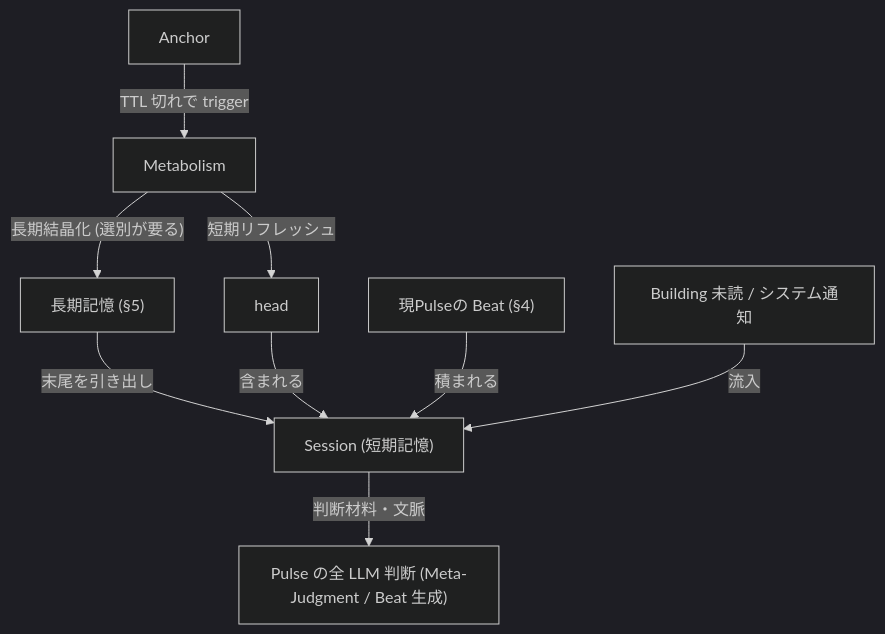
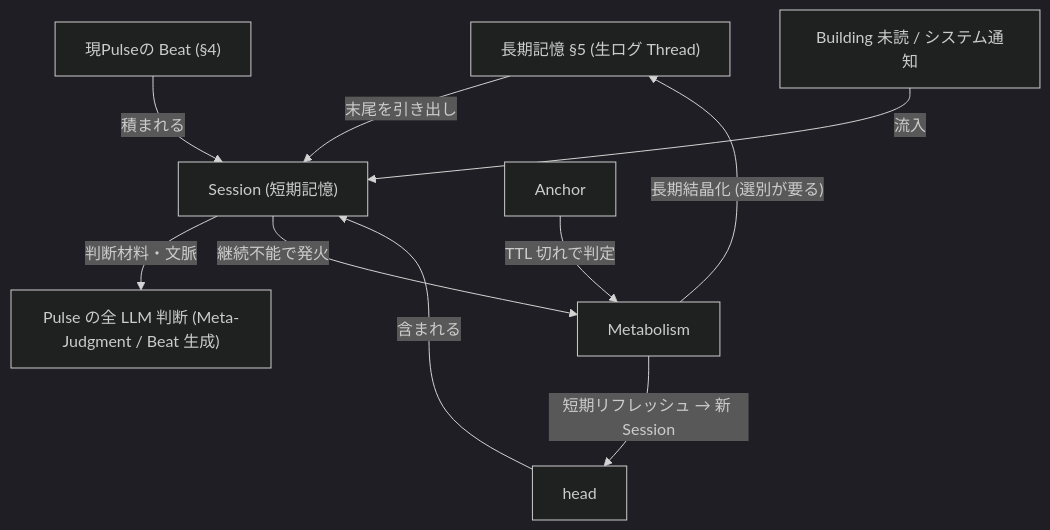
The sixth of 7 diagrams in docs/overview/landscape.md (maha0525/SAIVerse), drawn with Mermaid (dark theme) before and after one commit. The commit also changed other lines of this file, not shown here.

First line of the commit message:
俯瞰地図 v1.4: SAIMemory = 記憶DBの容れ物 + Metabolism の発火元を修正

````diff
--- a/docs/overview/landscape.md
+++ b/docs/overview/landscape.md
@@ -274,11 +279,12 @@
 ```mermaid
 graph TD
-    LongTerm["長期記憶 (§5)"] -->|末尾を引き出し| Session["Session (短期記憶)"]
+    LongTerm["長期記憶 §5 (生ログ Thread)"] -->|末尾を引き出し| Session["Session (短期記憶)"]
     head -->|含まれる| Session
     Beat["現Pulseの Beat (§4)"] -->|積まれる| Session
     World["Building 未読 / システム通知"] -->|流入| Session
     Session -->|判断材料・文脈| LLM["Pulse の全 LLM 判断 (Meta-Judgment / Beat 生成)"]
-    Anchor -->|TTL 切れで trigger| Metabolism
-    Metabolism -->|短期リフレッシュ| head
+    Session -->|継続不能で発火| Metabolism
+    Anchor -->|TTL 切れで判定| Metabolism
+    Metabolism -->|短期リフレッシュ → 新 Session| head
     Metabolism -->|"長期結晶化 (選別が要る)"| LongTerm
 ```
````
